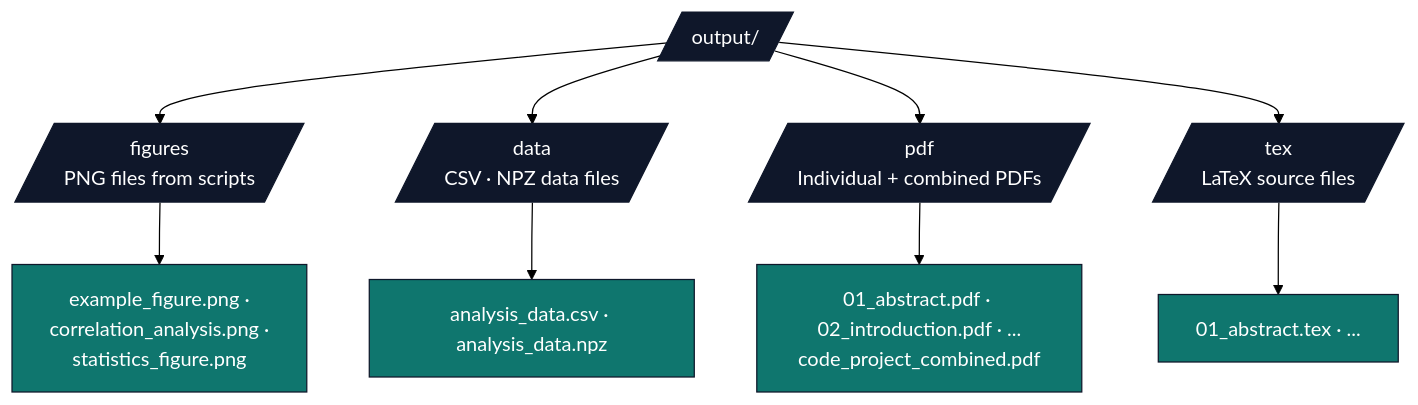
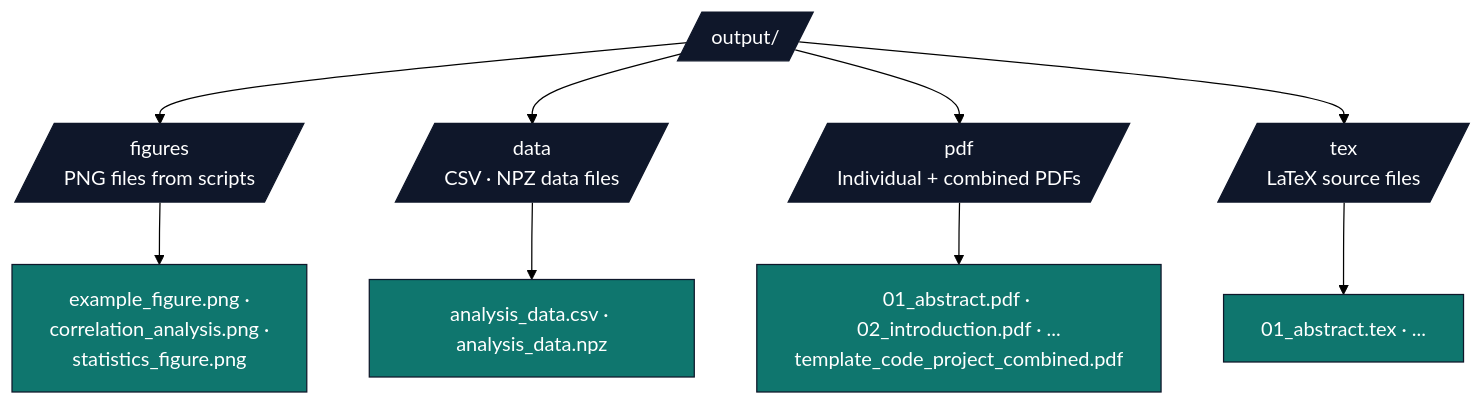
Before and after one commit to docxology/template: the second of 2 diagrams in docs/guides/figures-and-analysis.md, drawn with Mermaid (forest theme). The commit also changed other lines of this file and 44 other files, not shown here.

````diff
--- a/docs/guides/figures-and-analysis.md
+++ b/docs/guides/figures-and-analysis.md
@@ -526,18 +526,18 @@
 ```mermaid
 flowchart TB
     OUT[/output//]
     OUT --> FIG[/figures<br/>PNG files from scripts/]
     OUT --> DATA[/data<br/>CSV · NPZ data files/]
     OUT --> PDF[/pdf<br/>Individual + combined PDFs/]
     OUT --> TEX[/tex<br/>LaTeX source files/]
 
     FIG --> FIG_F[example_figure.png ·<br/>correlation_analysis.png ·<br/>statistics_figure.png]
     DATA --> DATA_F[analysis_data.csv · analysis_data.npz]
-    PDF --> PDF_F[01_abstract.pdf · 02_introduction.pdf · ...<br/>code_project_combined.pdf]
+    PDF --> PDF_F[01_abstract.pdf · 02_introduction.pdf · ...<br/>template_code_project_combined.pdf]
     TEX --> TEX_F[01_abstract.tex · ...]
 
     classDef d fill:#0f172a,stroke:#0f172a,color:#fff
     classDef f fill:#0f766e,stroke:#0f172a,color:#fff
     class OUT,FIG,DATA,PDF,TEX d
     class FIG_F,DATA_F,PDF_F,TEX_F f
 ```
````
